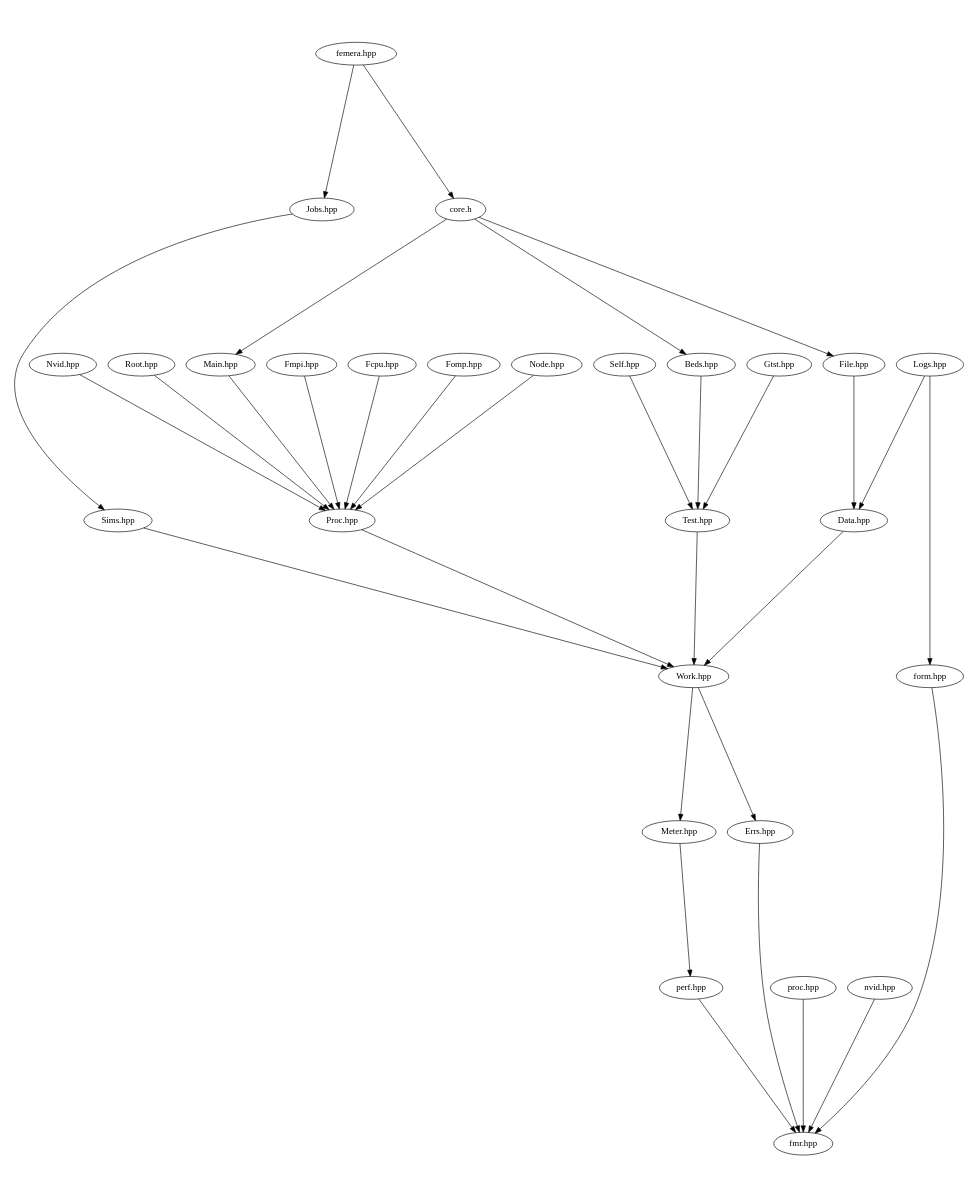
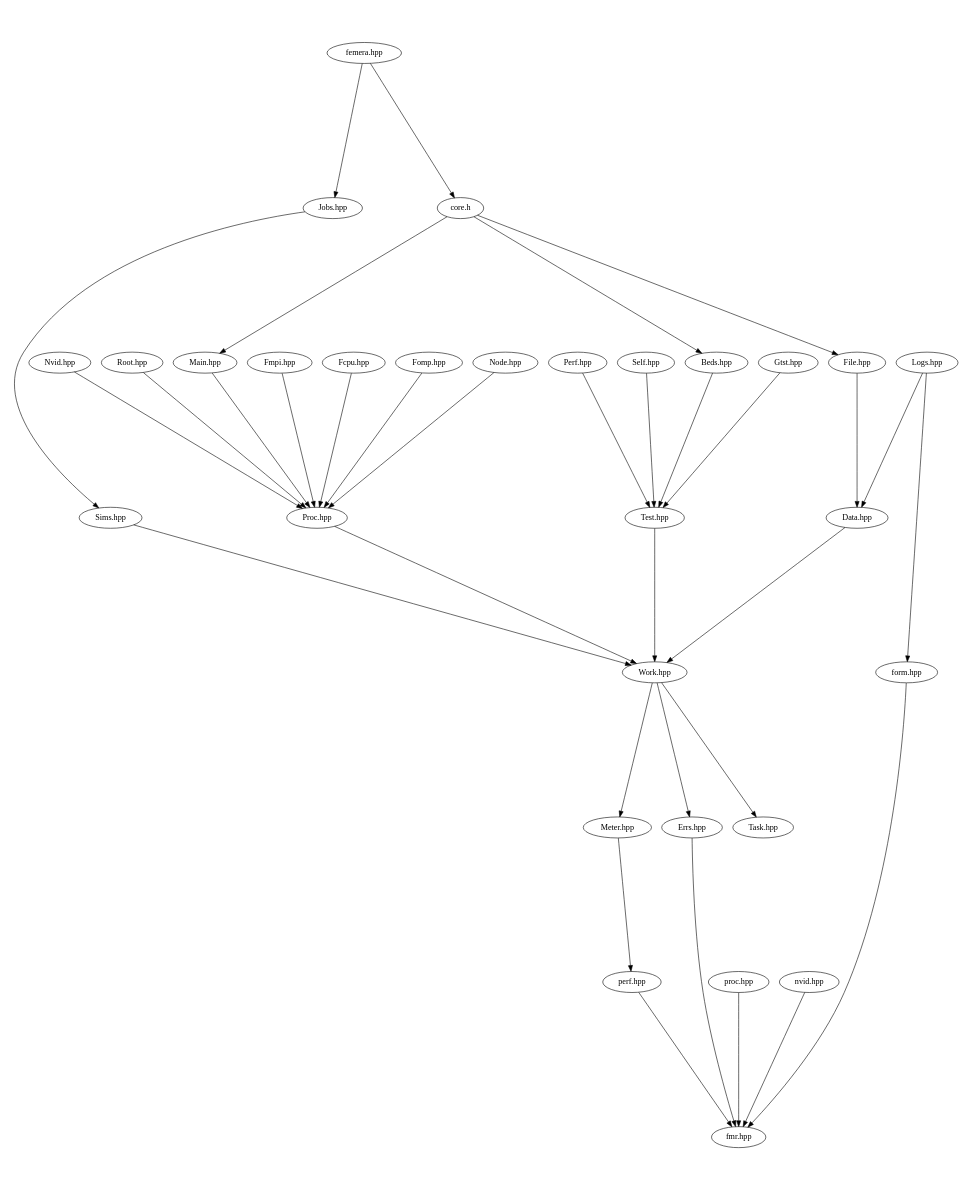
One commit to waggyz/femera-mini-app changed the diagram in src/docs/src-headers.dot. Above: the diagram before and after it, drawn with Graphviz. The commit also changed 17 other files, not shown here.

```diff
--- a/src/docs/src-headers.dot
+++ b/src/docs/src-headers.dot
@@ -1,39 +1,41 @@
 digraph "source tree" {
     overlap=scale;
     size="8,10";
     ratio="fill";
     fontsize="16";
     fontname="Helvetica";
 	clusterrank="local";
 	"femera.hpp" -> "Jobs.hpp"
 	"Meter.hpp" -> "perf.hpp"
 	"Sims.hpp" -> "Work.hpp"
 	"Work.hpp" -> "Errs.hpp"
 	"proc.hpp" -> "fmr.hpp"
 	"Nvid.hpp" -> "Proc.hpp"
 	"Root.hpp" -> "Proc.hpp"
+	"Perf.hpp" -> "Test.hpp"
 	"core.h" -> "Main.hpp"
 	"nvid.hpp" -> "fmr.hpp"
 	"perf.hpp" -> "fmr.hpp"
 	"Fmpi.hpp" -> "Proc.hpp"
 	"Test.hpp" -> "Work.hpp"
 	"Fcpu.hpp" -> "Proc.hpp"
 	"Fomp.hpp" -> "Proc.hpp"
+	"Work.hpp" -> "Task.hpp"
 	"core.h" -> "File.hpp"
 	"Logs.hpp" -> "Data.hpp"
 	"Self.hpp" -> "Test.hpp"
 	"core.h" -> "Beds.hpp"
 	"Errs.hpp" -> "fmr.hpp"
 	"Node.hpp" -> "Proc.hpp"
 	"Jobs.hpp" -> "Sims.hpp"
 	"File.hpp" -> "Data.hpp"
 	"Beds.hpp" -> "Test.hpp"
 	"Proc.hpp" -> "Work.hpp"
 	"form.hpp" -> "fmr.hpp"
 	"Gtst.hpp" -> "Test.hpp"
 	"Data.hpp" -> "Work.hpp"
 	"femera.hpp" -> "core.h"
 	"Work.hpp" -> "Meter.hpp"
 	"Logs.hpp" -> "form.hpp"
 	"Main.hpp" -> "Proc.hpp"
 }
```
